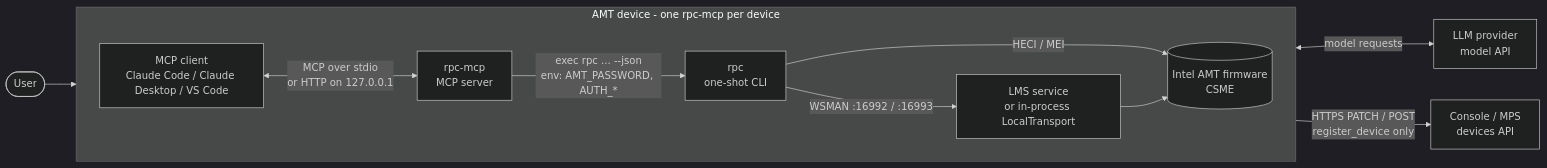
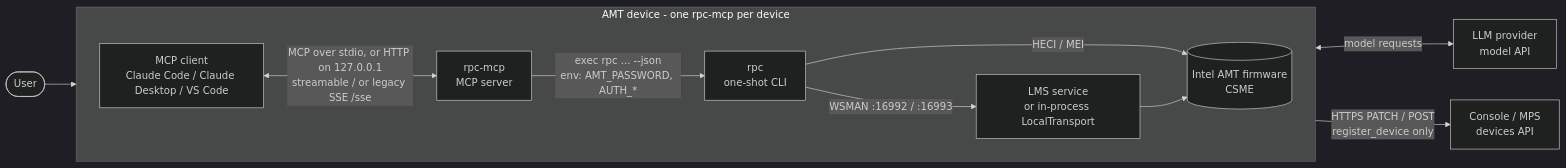
Before and after one commit to device-management-toolkit/rpc-go: the first of 8 diagrams in mcp/docs/ARCHITECTURE.md, drawn with Mermaid (dark theme). The commit also changed other lines of this file and 16 other files, not shown here.

````diff
--- a/mcp/docs/ARCHITECTURE.md
+++ b/mcp/docs/ARCHITECTURE.md
@@ -119,25 +168,25 @@
 ```mermaid
 flowchart LR
     user(["User"])
 
     subgraph device["AMT device - one rpc-mcp per device"]
         direction LR
         client["MCP client<br/>Claude Code / Claude Desktop / VS Code"]
         mcp["rpc-mcp<br/>MCP server"]
         rpc["rpc<br/>one-shot CLI"]
         lms["LMS service<br/>or in-process LocalTransport"]
         fw[("Intel AMT firmware<br/>CSME")]
     end
 
     llm["LLM provider<br/>model API"]
     console["Console / MPS<br/>devices API"]
 
     user --> client
     client <-->|"model requests"| llm
-    client <-->|"MCP over stdio<br/>or HTTP on 127.0.0.1"| mcp
+    client <-->|"MCP over stdio, or HTTP on 127.0.0.1<br/>streamable / or legacy SSE /sse"| mcp
     mcp -->|"exec rpc ... --json<br/>env: AMT_PASSWORD, AUTH_*"| rpc
     rpc -->|"HECI / MEI"| fw
     rpc -->|"WSMAN :16992 / :16993"| lms
     lms --> fw
     rpc -->|"HTTPS PATCH / POST<br/>register_device only"| console
 ```
````
